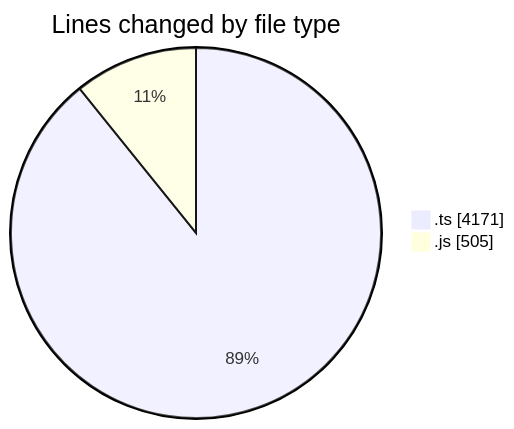
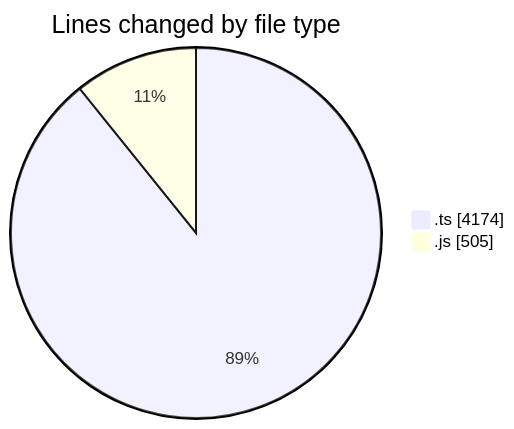
The first of 2 diagrams in 2025-05-20/cda/README.md (momahboobian/code-tracking), drawn with Mermaid before and after one commit. The commit also changed other lines of this file and 1 other file, not shown here.

````diff
--- a/2025-05-20/cda/README.md
+++ b/2025-05-20/cda/README.md
@@ -26,6 +26,6 @@
 ```mermaid
 pie showData
 title Lines changed by file type
-".ts" : 4171
+".ts" : 4174
 ".js" : 505
 ```
````
